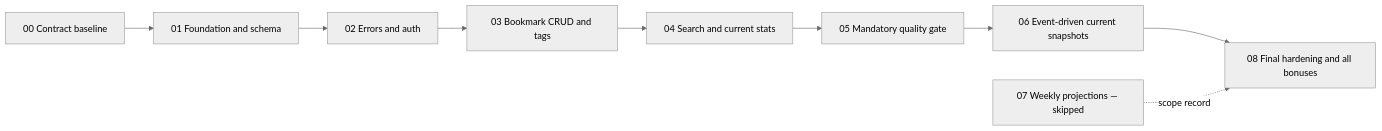
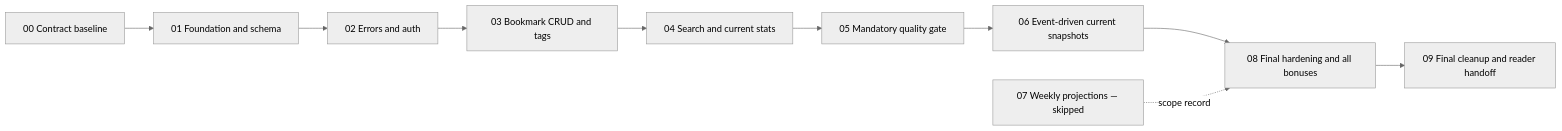
Before and after one commit to mechatroNick/backend-exercise: the diagram in .docs/DELIVERY-PLAN.md, drawn with Mermaid (neutral theme). The commit also changed other lines of this file and 3 other files, not shown here.

````diff
--- a/.docs/DELIVERY-PLAN.md
+++ b/.docs/DELIVERY-PLAN.md
@@ -9,11 +9,12 @@
 ```mermaid
 flowchart LR
     T00["00 Contract baseline"] --> T01["01 Foundation and schema"]
     T01 --> T02["02 Errors and auth"]
     T02 --> T03["03 Bookmark CRUD and tags"]
     T03 --> T04["04 Search and current stats"]
     T04 --> T05["05 Mandatory quality gate"]
     T05 --> T06["06 Event-driven current snapshots"]
     T06 --> T08["08 Final hardening and all bonuses"]
+    T08 --> T09["09 Final cleanup and reader handoff"]
     T07["07 Weekly projections — skipped"] -. "scope record" .-> T08
 ```
````
